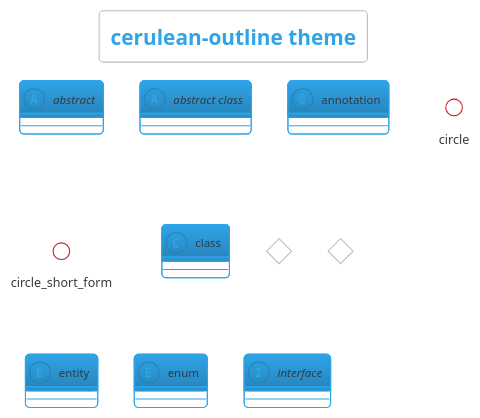
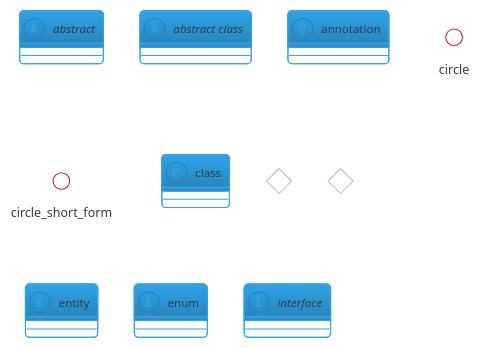
One commit to The-Lum/puml-themes-gallery changed the diagram in gallery/Class-cerulean-outline.puml. Above: the diagram before and after it, drawn with PlantUML. The commit also changed 1403 other files, not shown here.

```diff
--- a/gallery/Class-cerulean-outline.puml
+++ b/gallery/Class-cerulean-outline.puml
@@ -5,15 +5,14 @@
 @startuml
 !theme cerulean-outline
-title cerulean-outline theme
 abstract        abstract
 abstract class  "abstract class"
 annotation      annotation
 circle          circle
 ()              circle_short_form
 class           class
 diamond         diamond
 <>              diamond_short_form
 entity          entity
 enum            enum
 interface       interface
 @enduml
```
